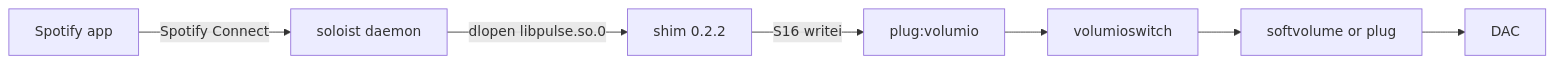
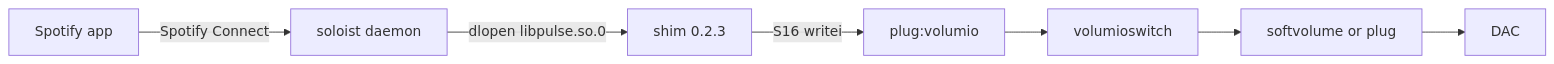
One commit to foonerd/alsa_soloist_connect changed the first of 4 diagrams in README.md. Above: the diagram before and after it, drawn with Mermaid. The commit also changed other lines of this file and 14 other files, not shown here.

````diff
--- a/README.md
+++ b/README.md
@@ -32,9 +32,9 @@
 ```mermaid
 flowchart LR
     SpotifyApp["Spotify app"] -->|"Spotify Connect"| Soloist["soloist daemon"]
-    Soloist -->|"dlopen libpulse.so.0"| Shim["shim 0.2.2"]
+    Soloist -->|"dlopen libpulse.so.0"| Shim["shim 0.2.3"]
     Shim -->|"S16 writei"| Plug["plug:volumio"]
     Plug --> Switch["volumioswitch"]
     Switch --> Out["softvolume or plug"]
     Out --> Dac["DAC"]
 ```
````
